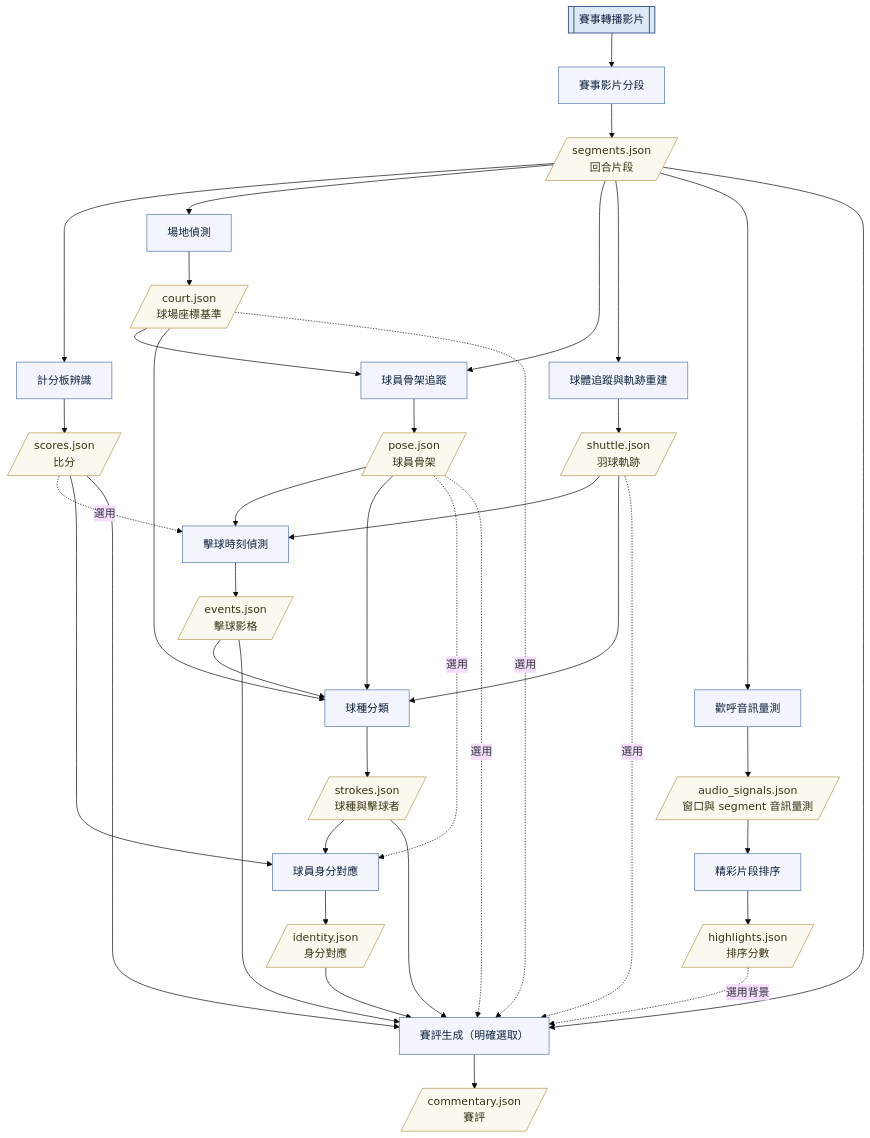
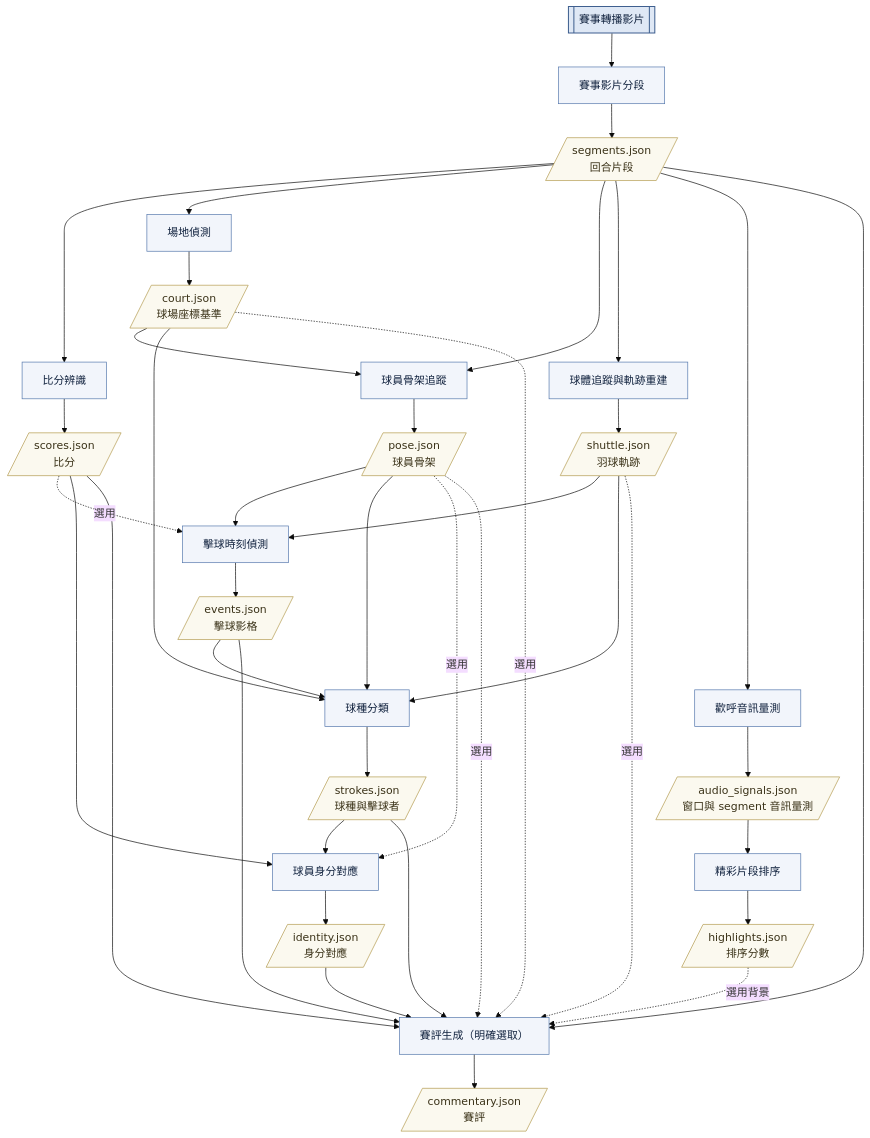
The second of 13 diagrams in docs/report.md (2026bmtproject/badminton-analysis-system), drawn with Mermaid (base theme) before and after one commit. The commit also changed other lines of this file and 7 other files, not shown here.

First line of the commit message:
docs(report): rewrite introduction and add system overview figure

````diff
--- a/docs/report.md
+++ b/docs/report.md
@@ -330,61 +318,61 @@
 ```mermaid
 flowchart TB
     IN[["賽事轉播影片"]]:::io
 
     SEG["賽事影片分段"]:::stage
-    SCORE["計分板辨識"]:::stage
+    SCORE["比分辨識"]:::stage
     COURT["場地偵測"]:::stage
     SHUT["球體追蹤與軌跡重建"]:::stage
     POSE["球員骨架追蹤"]:::stage
     EV["擊球時刻偵測"]:::stage
     STK["球種分類"]:::stage
     AUDIO["歡呼音訊量測"]:::stage
     HL["精彩片段排序"]:::stage
     ID["球員身分對應"]:::stage
     COM["賽評生成（明確選取）"]:::stage
 
     SEGJ[/"segments.json<br/>回合片段"/]:::data
     SCJ[/"scores.json<br/>比分"/]:::data
     CJ[/"court.json<br/>球場座標基準"/]:::data
     SHJ[/"shuttle.json<br/>羽球軌跡"/]:::data
     PJ[/"pose.json<br/>球員骨架"/]:::data
     EJ[/"events.json<br/>擊球影格"/]:::data
     STJ[/"strokes.json<br/>球種與擊球者"/]:::data
     AJ[/"audio_signals.json<br/>窗口與 segment 音訊量測"/]:::data
     HJ[/"highlights.json<br/>排序分數"/]:::data
     IJ[/"identity.json<br/>身分對應"/]:::data
     COJ[/"commentary.json<br/>賽評"/]:::data
 
     IN --> SEG --> SEGJ
     SEGJ --> SCORE --> SCJ
     SEGJ --> COURT --> CJ
     SEGJ --> POSE
     SEGJ --> SHUT
     SHUT --> SHJ
     CJ --> POSE
     POSE --> PJ
     SHJ --> EV
     PJ --> EV
     SCJ -. 選用 .-> EV --> EJ
     EJ --> STK
     PJ --> STK
     CJ --> STK
     SHJ --> STK --> STJ
     SEGJ --> AUDIO --> AJ --> HL --> HJ
     STJ --> ID
     SCJ --> ID --> IJ
     PJ -. 選用 .-> ID
     SEGJ --> COM
     EJ --> COM
     STJ --> COM
     SCJ --> COM
     IJ --> COM --> COJ
     HJ -. 選用背景 .-> COM
     PJ -. 選用 .-> COM
     CJ -. 選用 .-> COM
     SHJ -. 選用 .-> COM
 
     classDef io fill:#dfe8f5,stroke:#3f5f8f,stroke-width:1.5px,color:#12233f;
     classDef stage fill:#f2f5fb,stroke:#5477ac,stroke-width:1px,color:#12233f;
     classDef data fill:#fbf9ef,stroke:#b39a4d,stroke-width:1px,color:#3a3218;
 ```
````
